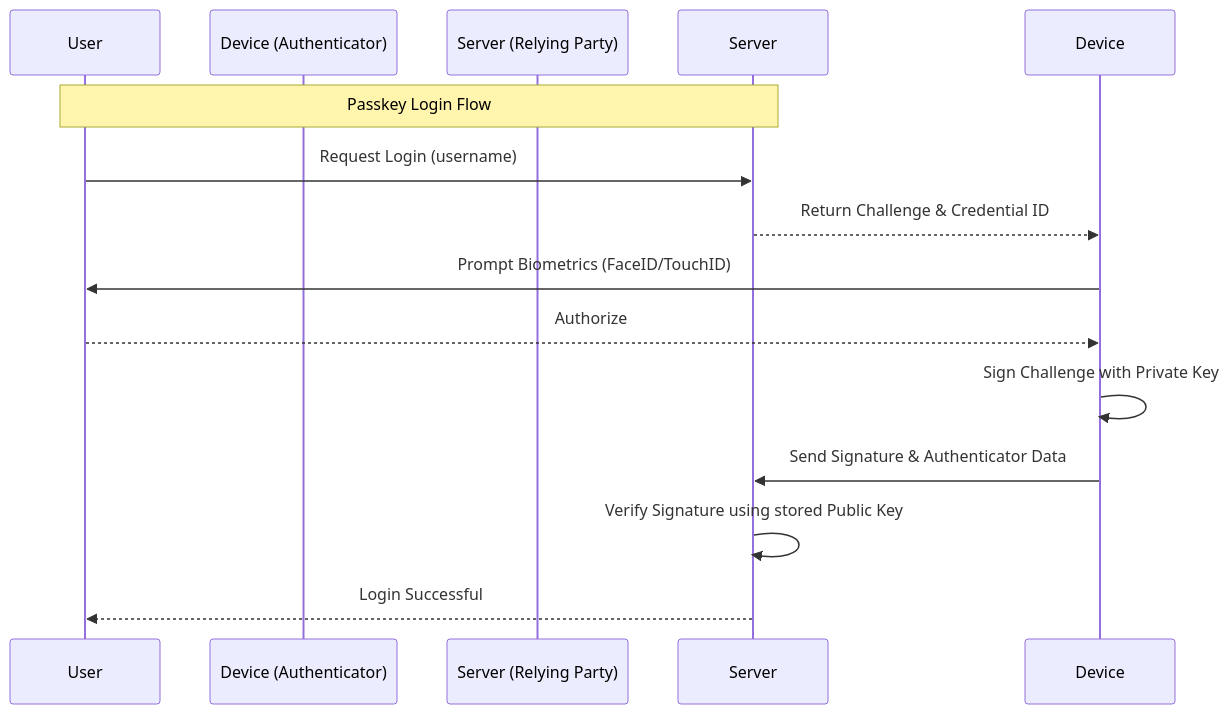
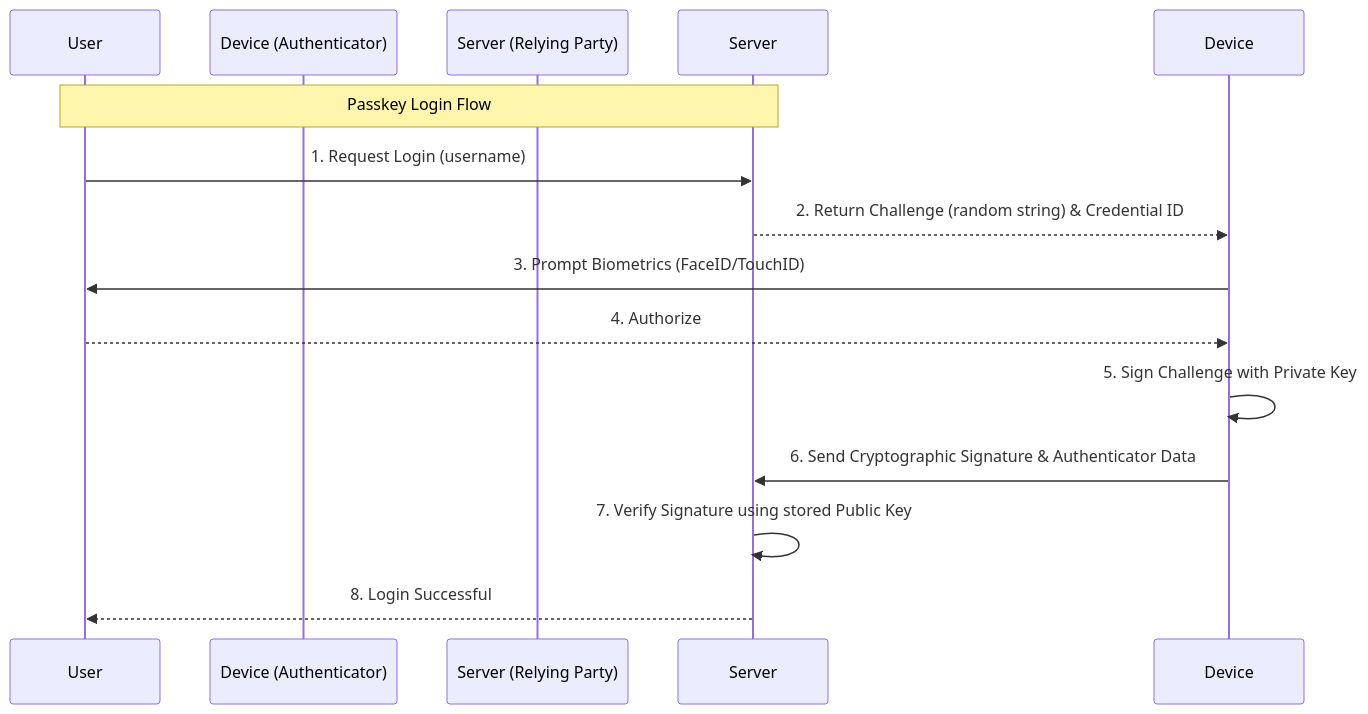
The fourth of 6 diagrams in 09-authentication/notes.md (Enggvault/Full-stack), drawn with Mermaid before and after one commit. The commit also changed other lines of this file and 1 other file, not shown here.

````diff
--- a/09-authentication/notes.md
+++ b/09-authentication/notes.md
@@ -299,16 +359,16 @@
 ```mermaid
 sequenceDiagram
     participant User
     participant Device (Authenticator)
     participant Server (Relying Party)
     
     Note over User,Server: Passkey Login Flow
-    User->>Server: Request Login (username)
-    Server-->>Device: Return Challenge & Credential ID
-    Device->>User: Prompt Biometrics (FaceID/TouchID)
-    User-->>Device: Authorize
-    Device->>Device: Sign Challenge with Private Key
-    Device->>Server: Send Signature & Authenticator Data
-    Server->>Server: Verify Signature using stored Public Key
-    Server-->>User: Login Successful
+    User->>Server: 1. Request Login (username)
+    Server-->>Device: 2. Return Challenge (random string) & Credential ID
+    Device->>User: 3. Prompt Biometrics (FaceID/TouchID)
+    User-->>Device: 4. Authorize
+    Device->>Device: 5. Sign Challenge with Private Key
+    Device->>Server: 6. Send Cryptographic Signature & Authenticator Data
+    Server->>Server: 7. Verify Signature using stored Public Key
+    Server-->>User: 8. Login Successful
 ```
````
